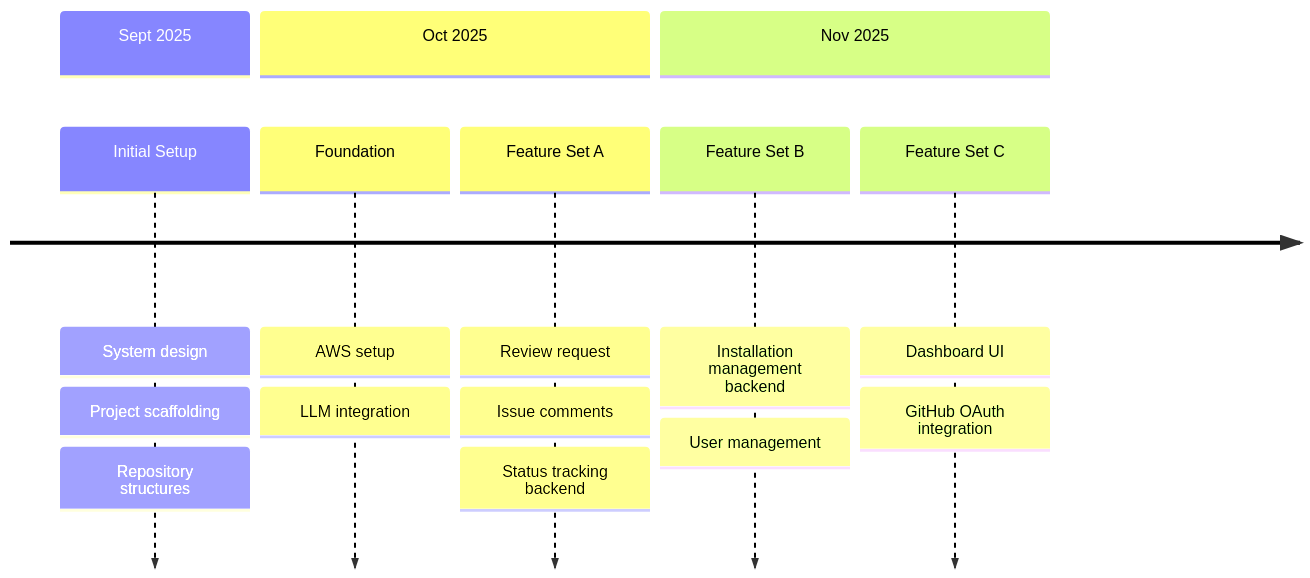
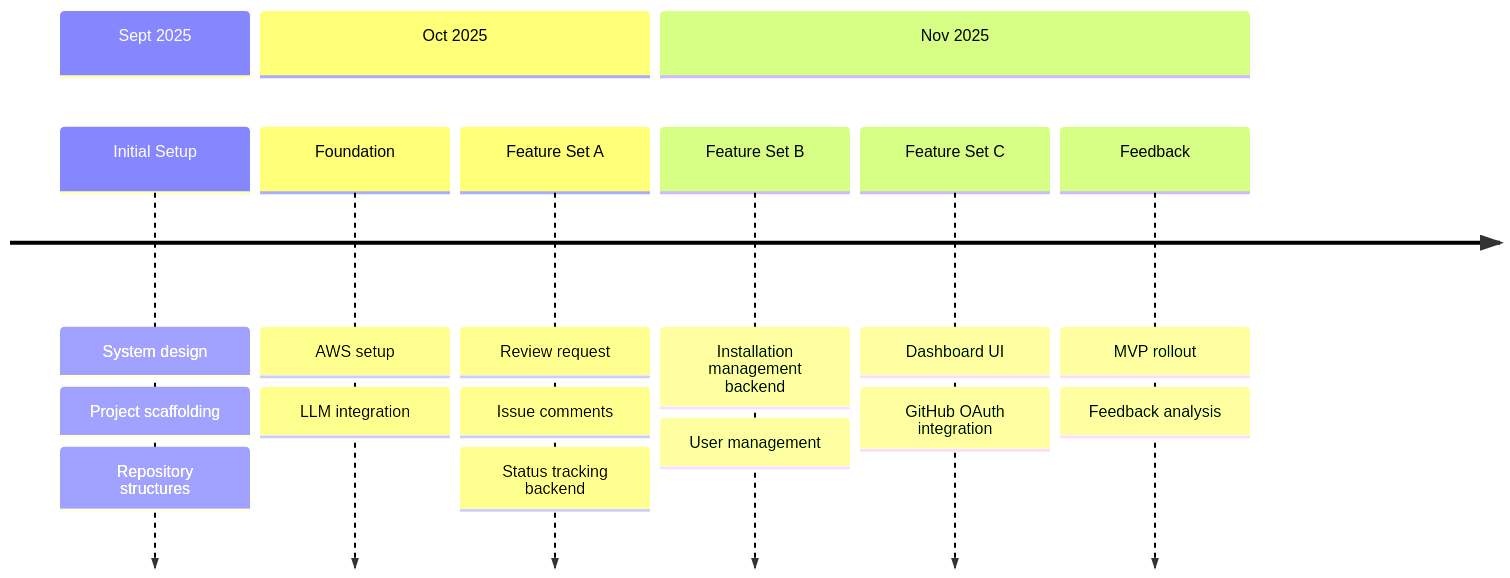
One commit to agulati02/tgrafy-repository-assistant changed the diagram in README.md. Above: the diagram before and after it, drawn with Mermaid.

Commit message:
Add feedback analysis section to README
Added a new section for feedback analysis in the README.

````diff
--- a/README.md
+++ b/README.md
@@ -40,11 +40,12 @@
 ```mermaid
 timeline
     section Sept 2025
         Initial Setup : System design : Project scaffolding : Repository structures
     section Oct 2025
         Foundation : AWS setup : LLM integration
         Feature Set A : Review request : Issue comments : Status tracking backend
     section Nov 2025
         Feature Set B : Installation management backend : User management
         Feature Set C : Dashboard UI : GitHub OAuth integration
+        Feedback : MVP rollout : Feedback analysis
 ```
````
